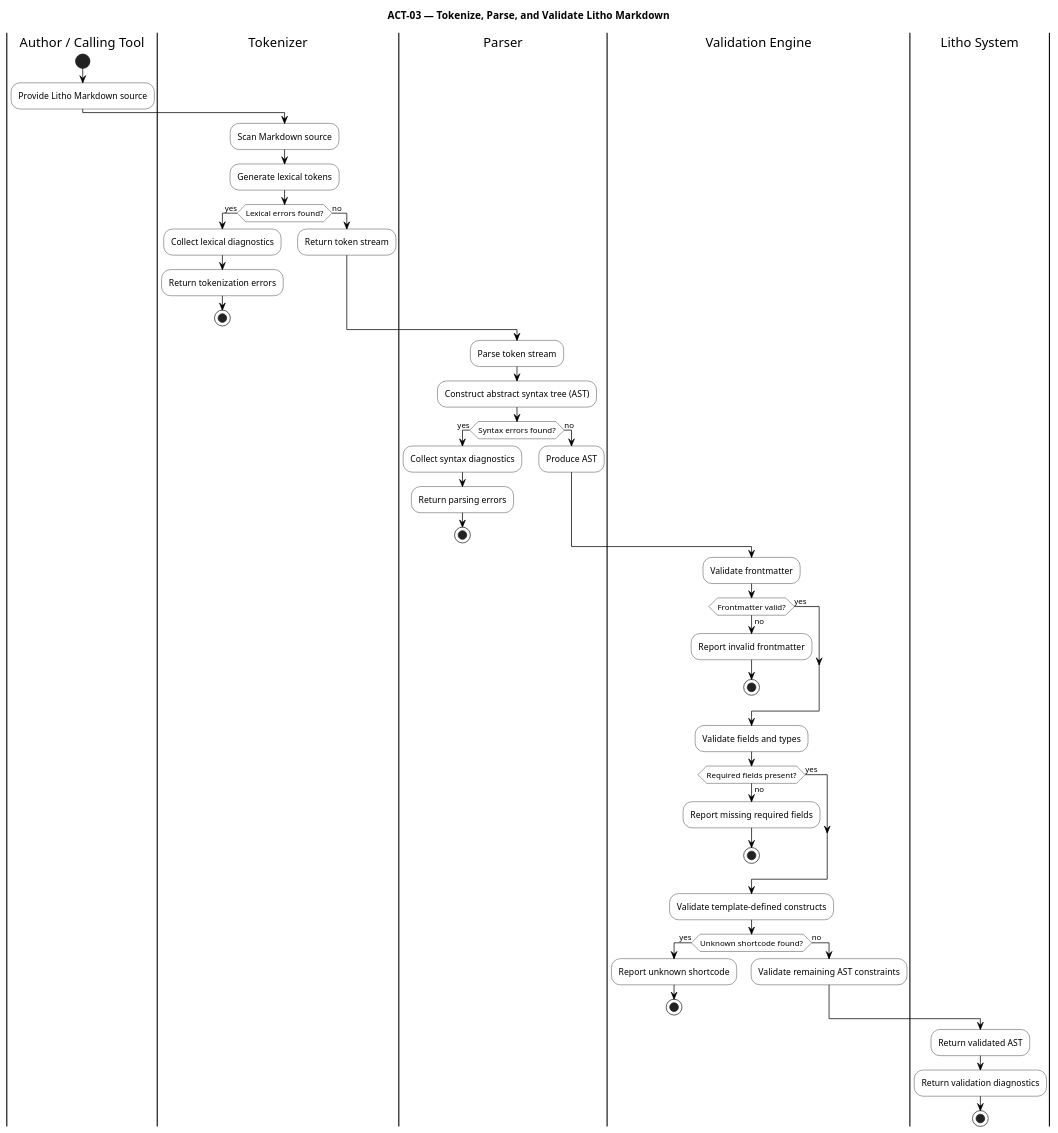
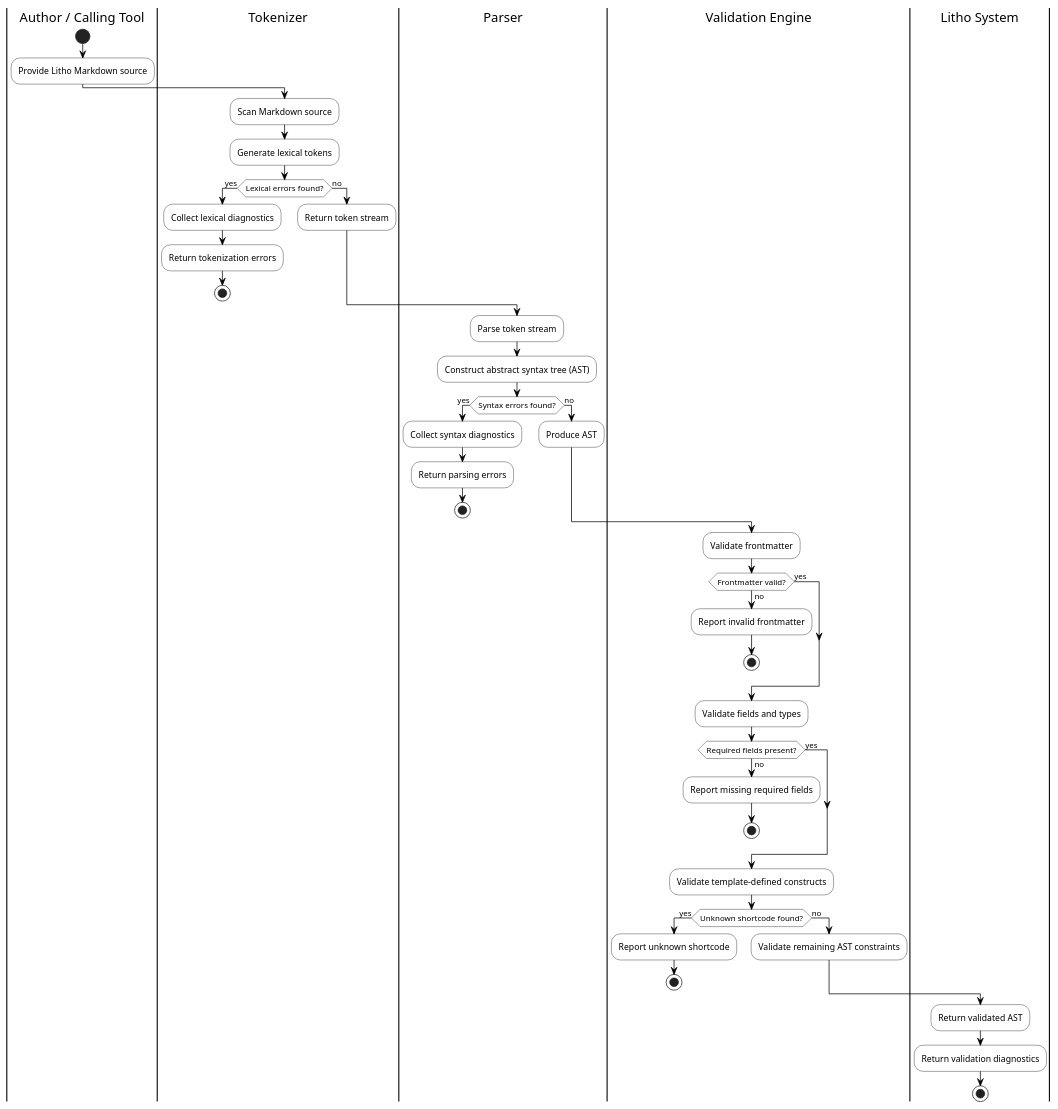
One commit to Litho-MD/uet-fyp-docs changed the diagram in diagrams/puml/activity/03-parse-validate.puml. Above: the diagram before and after it, drawn with PlantUML. The commit also changed 109 other files, not shown here.

First line of the commit message:
Add TikZ support for UML diagrams and refine document structure

```diff
--- a/diagrams/puml/activity/03-parse-validate.puml
+++ b/diagrams/puml/activity/03-parse-validate.puml
@@ -1,70 +1,68 @@
 @startuml
-title ACT-03 — Tokenize, Parse, and Validate Litho Markdown
-
 skinparam monochrome true
 skinparam backgroundColor white
 skinparam shadowing false
 skinparam activity {
     BackgroundColor white
     BorderColor black
     FontColor black
     DiamondBackgroundColor white
     DiamondBorderColor black
 }
 skinparam ArrowColor black
 skinparam defaultFontColor black
 
 |Author / Calling Tool|
 start
 :Provide Litho Markdown source;
 
 |Tokenizer|
 :Scan Markdown source;
 :Generate lexical tokens;
 if (Lexical errors found?) then (yes)
     :Collect lexical diagnostics;
     :Return tokenization errors;
     stop
 else (no)
     :Return token stream;
 endif
 
 |Parser|
 :Parse token stream;
 :Construct abstract syntax tree (AST);
 if (Syntax errors found?) then (yes)
     :Collect syntax diagnostics;
     :Return parsing errors;
     stop
 else (no)
     :Produce AST;
 endif
 
 |Validation Engine|
 :Validate frontmatter;
 if (Frontmatter valid?) then (yes)
 else (no)
     :Report invalid frontmatter;
     stop
 endif
 
 :Validate fields and types;
 if (Required fields present?) then (yes)
 else (no)
     :Report missing required fields;
     stop
 endif
 
 :Validate template-defined constructs;
 if (Unknown shortcode found?) then (yes)
     :Report unknown shortcode;
     stop
 else (no)
     :Validate remaining AST constraints;
 endif
 
 |Litho System|
 :Return validated AST;
 :Return validation diagnostics;
 stop
 @enduml
```
